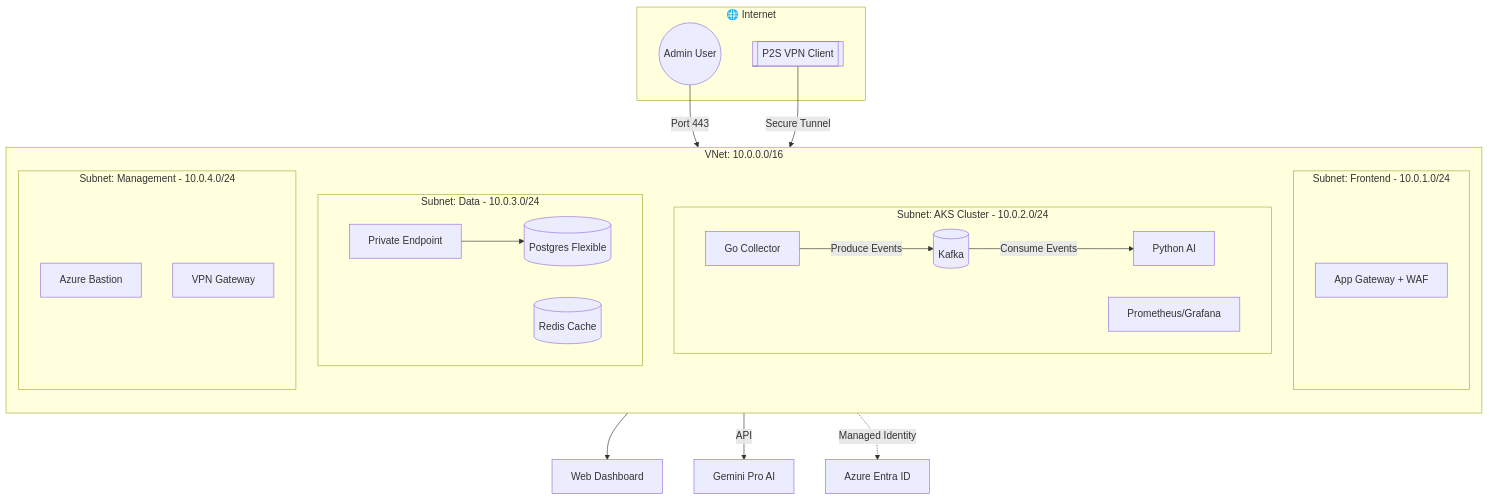
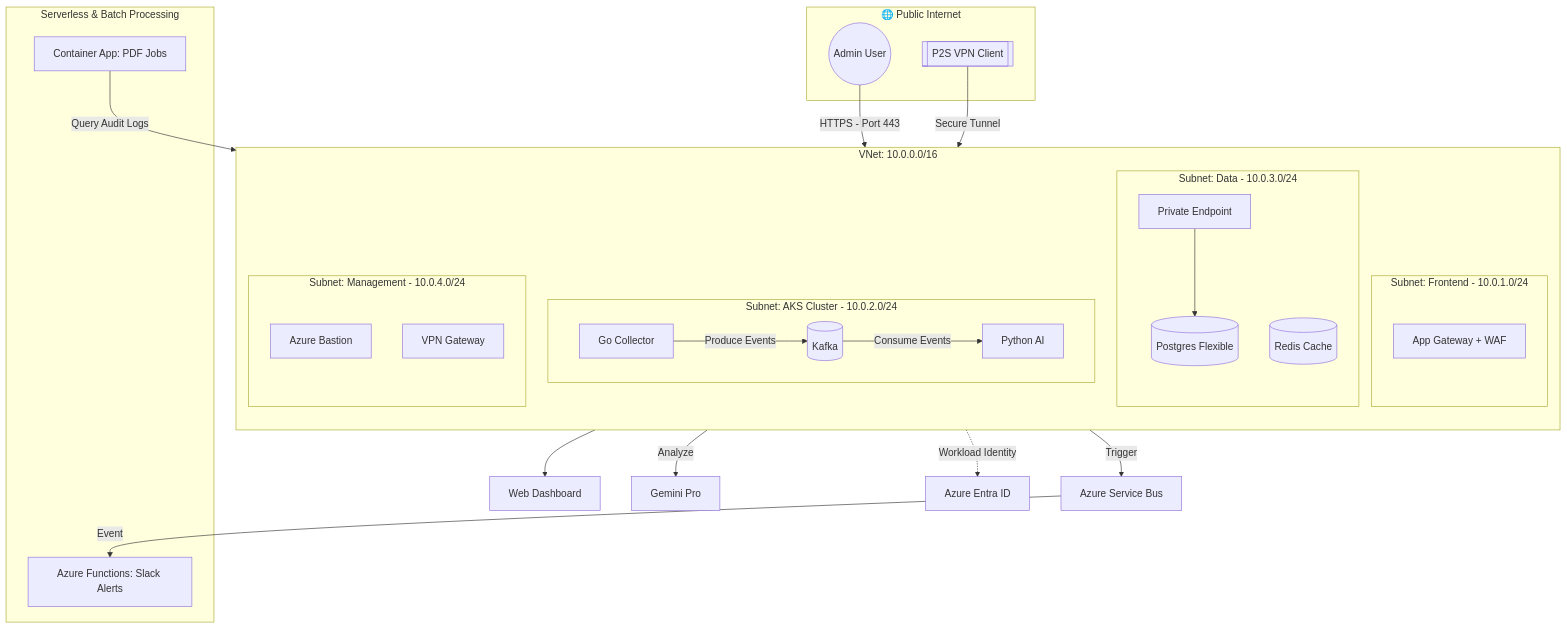
One commit to cloud-optimization-lab/finops-infrastructure changed the diagram in README.md. Above: the diagram before and after it, drawn with Mermaid. The commit also changed other lines of this file, not shown here.

````diff
--- a/README.md
+++ b/README.md
@@ -30,40 +36,52 @@
 ```mermaid
 graph TD
-    subgraph Public_Internet [🌐 Internet]
+    subgraph Public_Internet [🌐 Public Internet]
         User((Admin User))
         VPN[[P2S VPN Client]]
     end
 
     subgraph Azure_VNet [VNet: 10.0.0.0/16]
         direction TB
         
         subgraph Snet_Front [Subnet: Frontend - 10.0.1.0/24]
             AGW[App Gateway + WAF]
         end
 
         subgraph Snet_AKS [Subnet: AKS Cluster - 10.0.2.0/24]
             direction LR
             Collector[Go Collector] -->|Produce Events| Kafka[(Kafka)]
             Kafka -->|Consume Events| Analyzer[Python AI]
-            Monitoring[Prometheus/Grafana]
         end
 
         subgraph Snet_Data [Subnet: Data - 10.0.3.0/24]
             DB[(Postgres Flexible)]
             PE[Private Endpoint]
             Redis[(Redis Cache)]
         end
 
         subgraph Snet_Mgmt [Subnet: Management - 10.0.4.0/24]
             Bastion[Azure Bastion]
             VPNGW[VPN Gateway]
         end
     end
 
-    User -->|Port 443| AGW
+    subgraph Hybrid_Layer [Serverless & Batch Processing]
+        Func[Azure Functions: Slack Alerts]
+        ACA[Container App: PDF Jobs]
+    end
+
+    %% Traffic Flow
+    User -->|HTTPS - Port 443| AGW
     VPN -->|Secure Tunnel| VPNGW
     AGW --> UI[Web Dashboard]
-    Analyzer -->|API| Gemini[Gemini Pro AI]
+    
+    %% Logic Flow
+    Analyzer -->|Analyze| AI[Gemini Pro]
+    Analyzer -->|Trigger| ASB[Azure Service Bus]
+    ASB -->|Event| Func
+    ACA -->|Query Audit Logs| DB
     PE --> DB
-    Collector -.->|Managed Identity| Entra[Azure Entra ID]
+    
+    %% Identity
+    Collector -.->|Workload Identity| Entra[Azure Entra ID]
 ```
````
